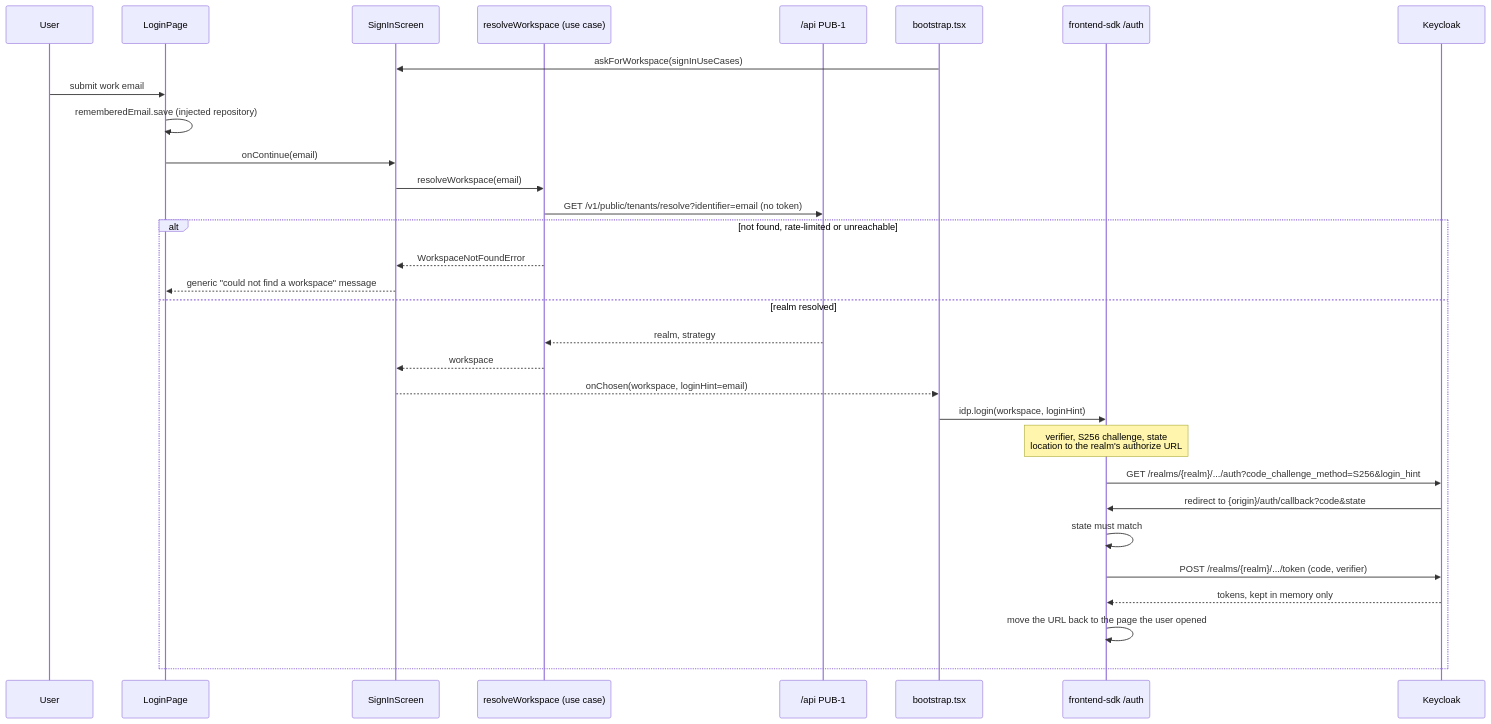
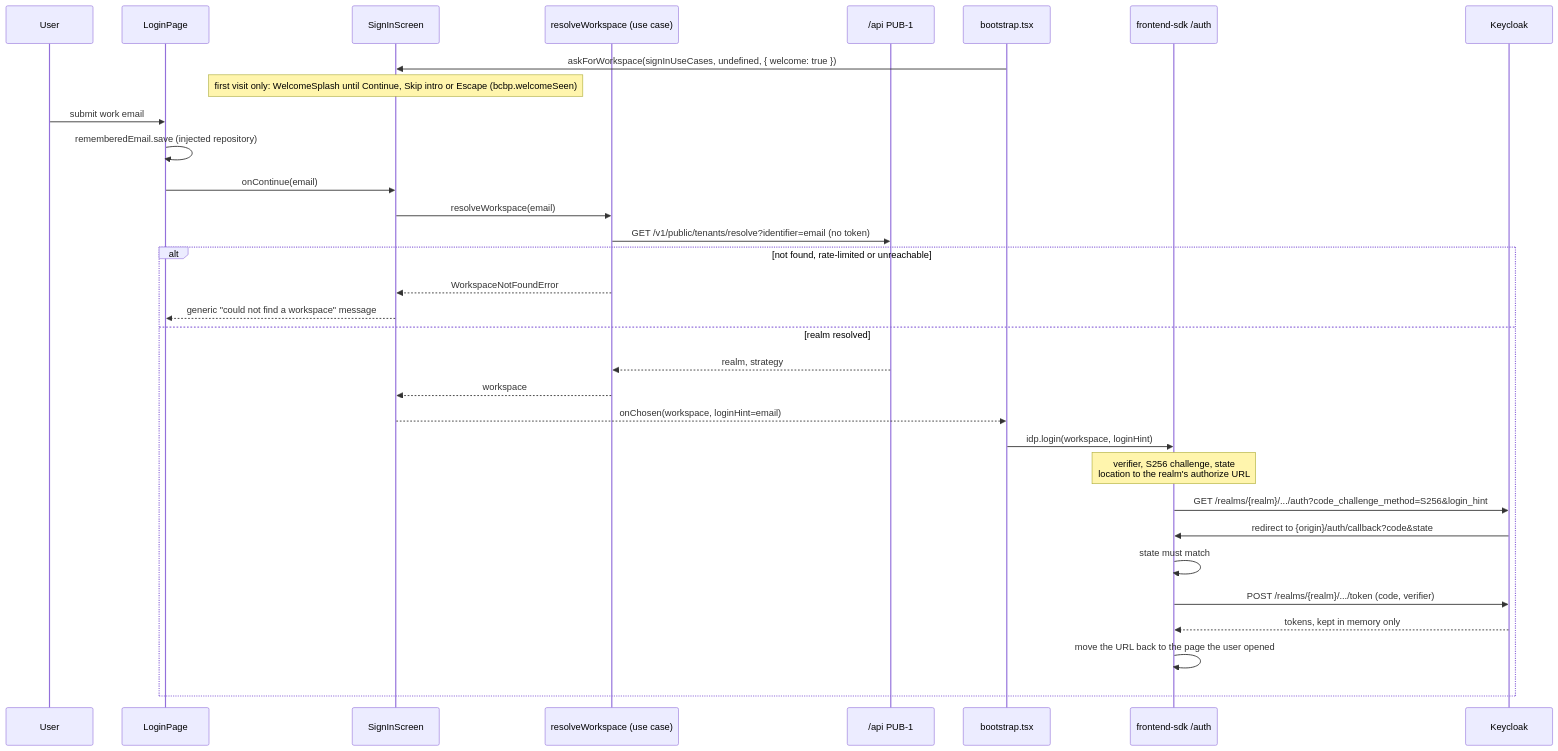
One commit to BCBP-SOLUTIONS-FZC-LLC/web-shell changed the diagram in docs/architecture/mermaid/sign-in-flow.mmd. Above: the diagram before and after it, drawn with Mermaid. The commit also changed 39 other files, not shown here.

Commit message:
Greet a browser's first visit with a cinematic welcome intro before the sign-in form

```diff
--- a/docs/architecture/mermaid/sign-in-flow.mmd
+++ b/docs/architecture/mermaid/sign-in-flow.mmd
@@ -1,32 +1,33 @@
 sequenceDiagram
     participant User
     participant Login as LoginPage
     participant Screens as SignInScreen
     participant UC as resolveWorkspace (use case)
     participant IAM as /api PUB-1
     participant Boot as bootstrap.tsx
     participant SDK as frontend-sdk /auth
     participant KC as Keycloak
 
-    Boot->>Screens: askForWorkspace(signInUseCases)
+    Boot->>Screens: askForWorkspace(signInUseCases, undefined, { welcome: true })
+    Note over Screens: first visit only: WelcomeSplash until Continue, Skip intro or Escape (bcbp.welcomeSeen)
     User->>Login: submit work email
     Login->>Login: rememberedEmail.save (injected repository)
     Login->>Screens: onContinue(email)
     Screens->>UC: resolveWorkspace(email)
     UC->>IAM: GET /v1/public/tenants/resolve?identifier=email (no token)
     alt not found, rate-limited or unreachable
         UC-->>Screens: WorkspaceNotFoundError
         Screens-->>Login: generic "could not find a workspace" message
     else realm resolved
         IAM-->>UC: realm, strategy
         UC-->>Screens: workspace
         Screens-->>Boot: onChosen(workspace, loginHint=email)
         Boot->>SDK: idp.login(workspace, loginHint)
         Note over SDK: verifier, S256 challenge, state<br/>location to the realm's authorize URL
         SDK->>KC: GET /realms/{realm}/.../auth?code_challenge_method=S256&login_hint
         KC->>SDK: redirect to {origin}/auth/callback?code&state
         SDK->>SDK: state must match
         SDK->>KC: POST /realms/{realm}/.../token (code, verifier)
         KC-->>SDK: tokens, kept in memory only
         SDK->>SDK: move the URL back to the page the user opened
     end
```
